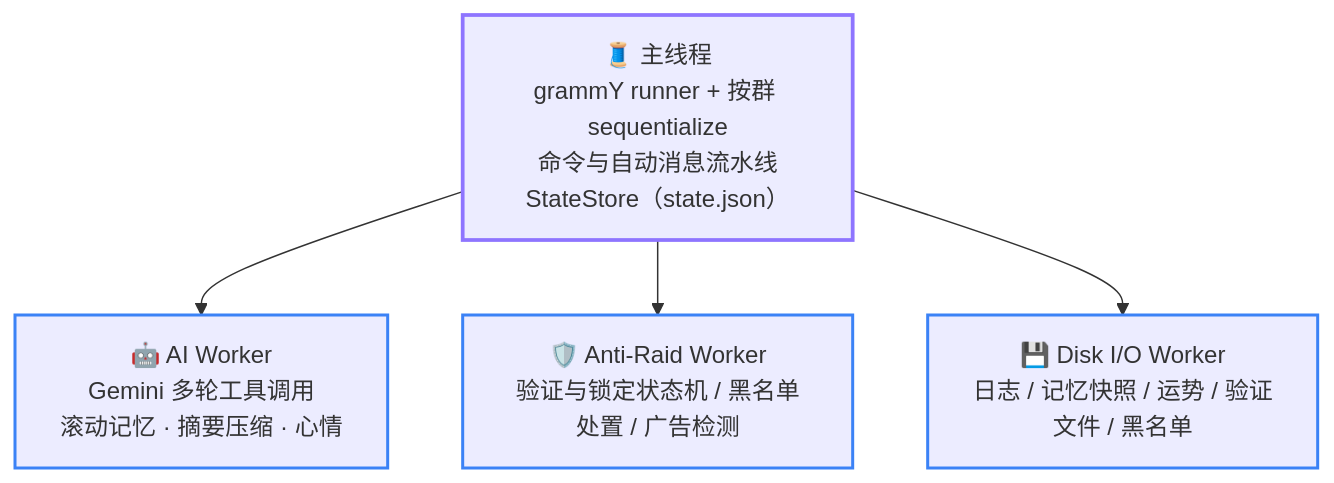
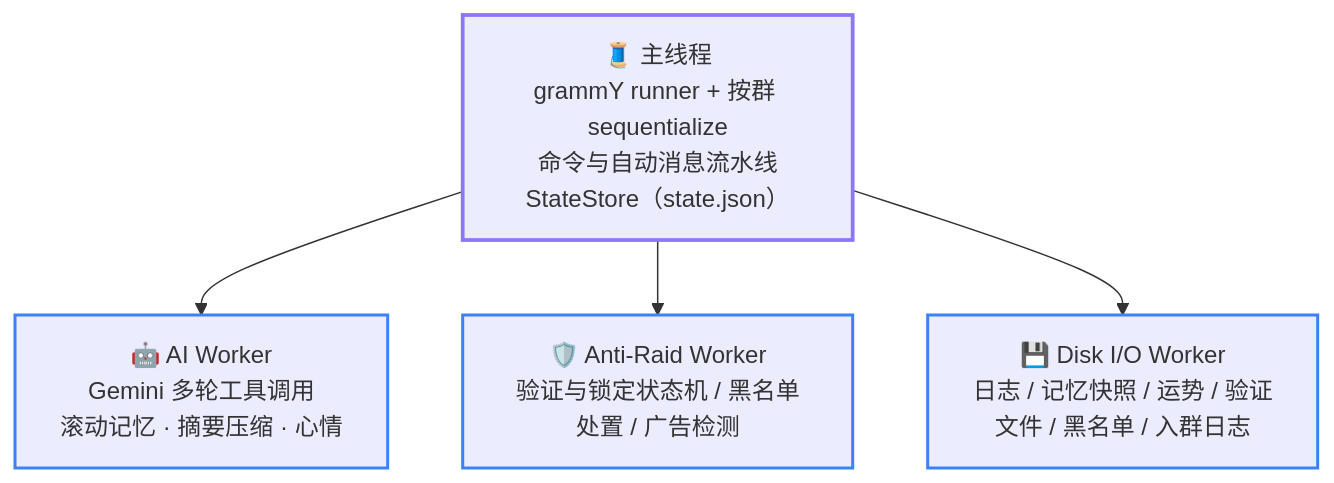
Before and after one commit to Asashishi/copy_ninjia: the first of 2 diagrams in docs/02-architecture.md, drawn with Mermaid. The commit also changed other lines of this file and 158 other files, not shown here.

````diff
--- a/docs/02-architecture.md
+++ b/docs/02-architecture.md
@@ -17,14 +17,14 @@
 ```mermaid
 flowchart TD
     classDef main stroke:#8e75ff,stroke-width:2.5px;
     classDef worker stroke:#3b82f6,stroke-width:2px;
 
     MAIN["🧵 主线程<br/>grammY runner + 按群 sequentialize<br/>命令与自动消息流水线<br/>StateStore（state.json）"]:::main
     AI["🤖 AI Worker<br/>Gemini 多轮工具调用<br/>滚动记忆 · 摘要压缩 · 心情"]:::worker
     RAID["🛡️ Anti-Raid Worker<br/>验证与锁定状态机 / 黑名单处置 / 广告检测"]:::worker
-    DISK["💾 Disk I/O Worker<br/>日志 / 记忆快照 / 运势 / 验证文件 / 黑名单"]:::worker
+    DISK["💾 Disk I/O Worker<br/>日志 / 记忆快照 / 运势 / 验证文件 / 黑名单 / 入群日志"]:::worker
 
     MAIN --> AI
     MAIN --> RAID
     MAIN --> DISK
 ```
````
